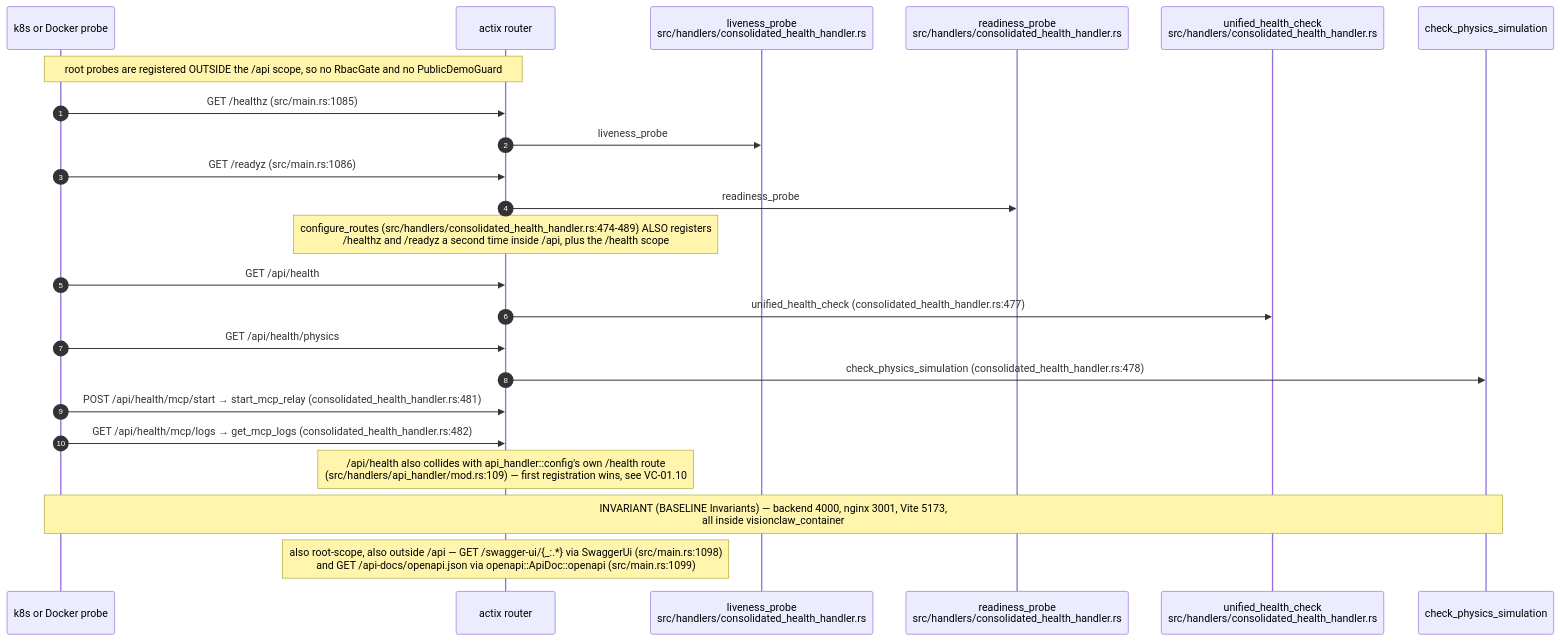
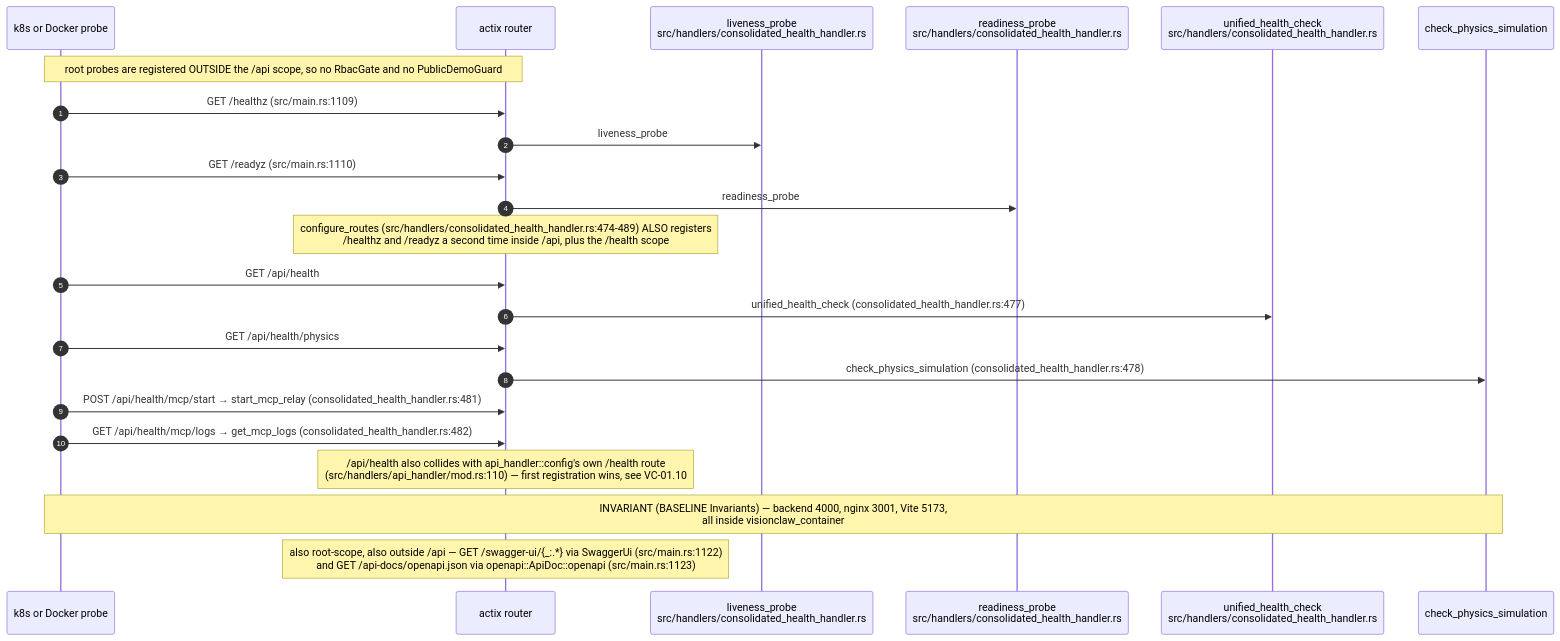
Before and after one commit to DreamLab-AI/VisionFlow: the sixth of 13 diagrams in docs/diagrams/visionclaw/01-boot-and-app-state.md, drawn with Mermaid. The commit also changed other lines of this file and 160 other files, not shown here.

````diff
--- a/docs/diagrams/visionclaw/01-boot-and-app-state.md
+++ b/docs/diagrams/visionclaw/01-boot-and-app-state.md
@@ -303,26 +311,26 @@
 ```mermaid
 sequenceDiagram
     autonumber
     participant K as k8s or Docker probe
     participant R as actix router
     participant L as liveness_probe<br/>src/handlers/consolidated_health_handler.rs
     participant D as readiness_probe<br/>src/handlers/consolidated_health_handler.rs
     participant U as unified_health_check<br/>src/handlers/consolidated_health_handler.rs
     participant P as check_physics_simulation
 
     Note over K,R: root probes are registered OUTSIDE the /api scope, so no RbacGate and no PublicDemoGuard
-    K->>R: GET /healthz (src/main.rs:1085)
+    K->>R: GET /healthz (src/main.rs:1109)
     R->>L: liveness_probe
-    K->>R: GET /readyz (src/main.rs:1086)
+    K->>R: GET /readyz (src/main.rs:1110)
     R->>D: readiness_probe
     Note over R: configure_routes (src/handlers/consolidated_health_handler.rs:474-489) ALSO registers<br/>/healthz and /readyz a second time inside /api, plus the /health scope
     K->>R: GET /api/health
     R->>U: unified_health_check (consolidated_health_handler.rs:477)
     K->>R: GET /api/health/physics
     R->>P: check_physics_simulation (consolidated_health_handler.rs:478)
     K->>R: POST /api/health/mcp/start → start_mcp_relay (consolidated_health_handler.rs:481)
     K->>R: GET /api/health/mcp/logs → get_mcp_logs (consolidated_health_handler.rs:482)
-    Note over R: /api/health also collides with api_handler::config's own /health route<br/>(src/handlers/api_handler/mod.rs:109) — first registration wins, see VC-01.10
+    Note over R: /api/health also collides with api_handler::config's own /health route<br/>(src/handlers/api_handler/mod.rs:110) — first registration wins, see VC-01.10
     Note over K,P: INVARIANT (BASELINE Invariants) — backend 4000, nginx 3001, Vite 5173,<br/>all inside visionclaw_container
-    Note over R: also root-scope, also outside /api — GET /swagger-ui/{_:.*} via SwaggerUi (src/main.rs:1098)<br/>and GET /api-docs/openapi.json via openapi::ApiDoc::openapi (src/main.rs:1099)
+    Note over R: also root-scope, also outside /api — GET /swagger-ui/{_:.*} via SwaggerUi (src/main.rs:1122)<br/>and GET /api-docs/openapi.json via openapi::ApiDoc::openapi (src/main.rs:1123)
 ```
````
